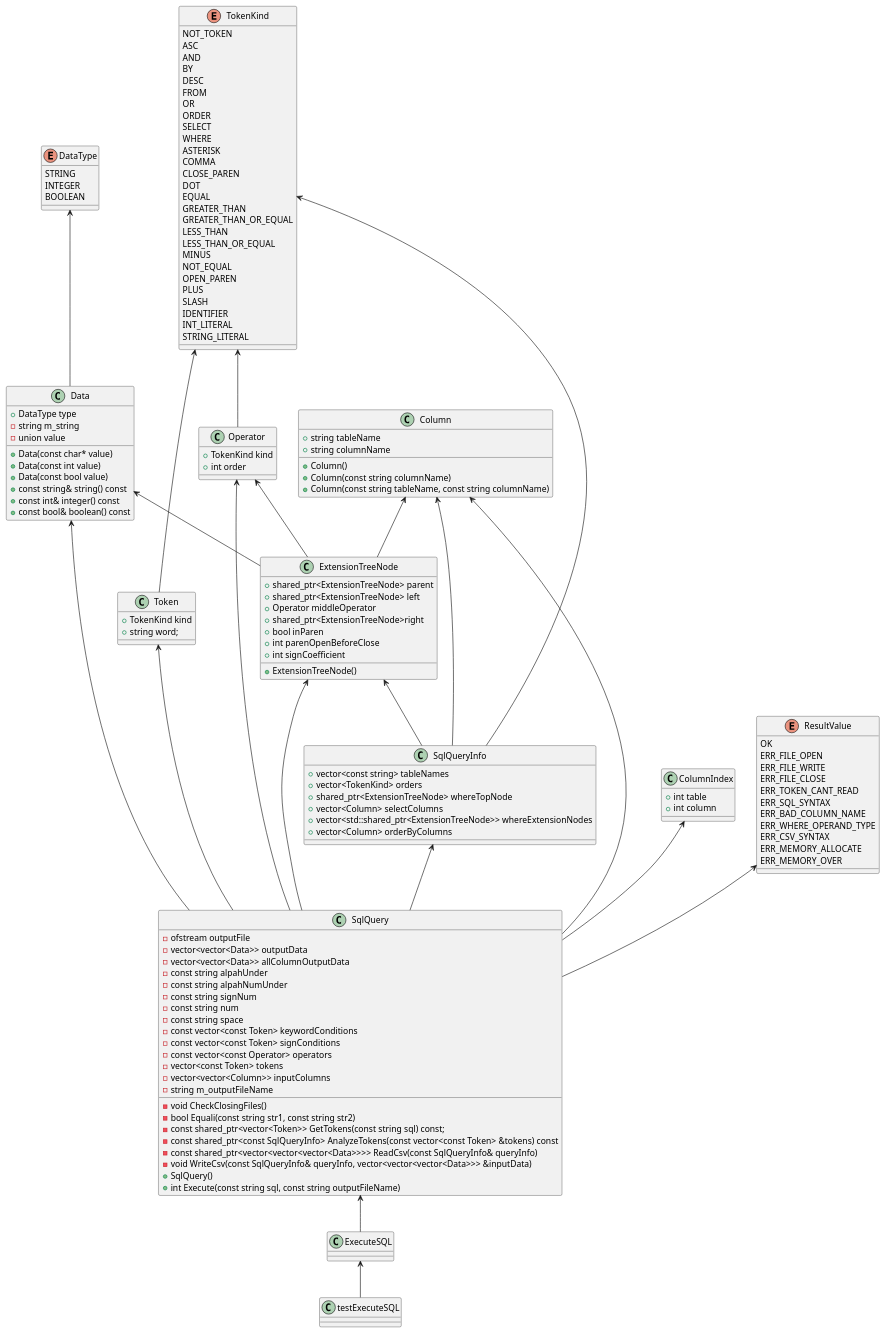
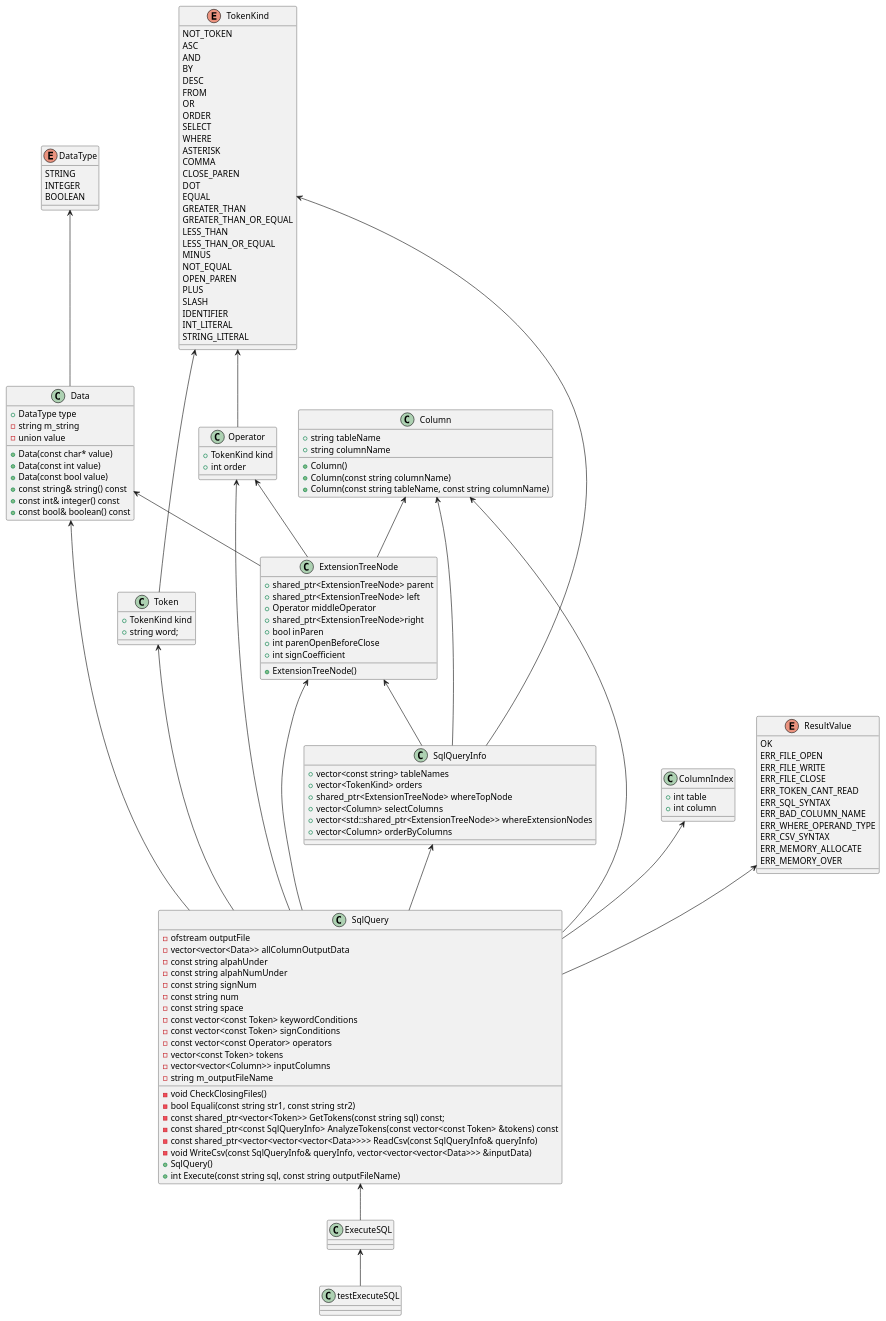
One commit to yotten/TinySQL changed the diagram in ExecuteSQL.pu. Above: the diagram before and after it, drawn with PlantUML. The commit also changed 2 other files, not shown here.

Commit message:
138.SqlQueryのメンバ変数の見直し1(outputData削除)
[----------] Global test environment tear-down
[==========] 213 tests from 1 test case ran. (5732 ms total)
[  PASSED  ] 213 tests.

```diff
--- a/ExecuteSQL.pu
+++ b/ExecuteSQL.pu
@@ -1,150 +1,149 @@
 @startuml
 
 class testExecuteSQL {}
 class SqlQueryInfo {
 	+vector<const string> tableNames
 	+vector<TokenKind> orders
 	+shared_ptr<ExtensionTreeNode> whereTopNode
 	+vector<Column> selectColumns
 	+vector<std::shared_ptr<ExtensionTreeNode>> whereExtensionNodes
 	+vector<Column> orderByColumns
 }
 class SqlQuery {
 	-ofstream outputFile
-	-vector<vector<Data>> outputData
 	-vector<vector<Data>> allColumnOutputData	
 	-const string alpahUnder
 	-const string alpahNumUnder
 	-const string signNum
 	-const string num
 	-const string space
 	-const vector<const Token> keywordConditions
 	-const vector<const Token> signConditions
 	-const vector<const Operator> operators
 	-vector<const Token> tokens
 	-vector<vector<Column>> inputColumns
 	-void CheckClosingFiles()
 	-string m_outputFileName
 	-bool Equali(const string str1, const string str2)
 	-const shared_ptr<vector<Token>> GetTokens(const string sql) const;
 	-const shared_ptr<const SqlQueryInfo> AnalyzeTokens(const vector<const Token> &tokens) const
 	-const shared_ptr<vector<vector<vector<Data>>>> ReadCsv(const SqlQueryInfo& queryInfo)
 	-void WriteCsv(const SqlQueryInfo& queryInfo, vector<vector<vector<Data>>> &inputData)
 	+SqlQuery()
 	+int Execute(const string sql, const string outputFileName)
 }
 class ExecuteSQL {
 	
 }
 
 class Data {
     +DataType type
 	-string m_string
 	-union value
 	+Data(const char* value)
 	+Data(const int value)
 	+Data(const bool value)
 	+const string& string() const
 	+const int& integer() const
 	+const bool& boolean() const
 }
 class Operator{
     +TokenKind kind
     +int order
 }
 class Token{
     +TokenKind kind
     +string word;
 }
 class ExtensionTreeNode{
 	+shared_ptr<ExtensionTreeNode> parent
 	+shared_ptr<ExtensionTreeNode> left
 	+Operator middleOperator
 	+shared_ptr<ExtensionTreeNode>right
 	+bool inParen
 	+int parenOpenBeforeClose
 	+int signCoefficient
 	+ExtensionTreeNode()
 }
 class ColumnIndex{
     +int table
     +int column
 }
 class Column{
     +string tableName
     +string columnName
     +Column()
     +Column(const string columnName)
     +Column(const string tableName, const string columnName)
 }
 enum DataType{
    	STRING
 	INTEGER
 	BOOLEAN
 }
 enum TokenKind{
     NOT_TOKEN
 	ASC
 	AND
 	BY
 	DESC
 	FROM
 	OR
 	ORDER
 	SELECT
 	WHERE
 	ASTERISK
 	COMMA
 	CLOSE_PAREN
 	DOT
 	EQUAL
 	GREATER_THAN
 	GREATER_THAN_OR_EQUAL
 	LESS_THAN
 	LESS_THAN_OR_EQUAL
 	MINUS
 	NOT_EQUAL
 	OPEN_PAREN
 	PLUS
 	SLASH
 	IDENTIFIER
 	INT_LITERAL
 	STRING_LITERAL
 }
 enum ResultValue{
     OK
 	ERR_FILE_OPEN
 	ERR_FILE_WRITE
 	ERR_FILE_CLOSE
 	ERR_TOKEN_CANT_READ
 	ERR_SQL_SYNTAX
 	ERR_BAD_COLUMN_NAME
 	ERR_WHERE_OPERAND_TYPE
 	ERR_CSV_SYNTAX
 	ERR_MEMORY_ALLOCATE
 	ERR_MEMORY_OVER
 }
 
 ExecuteSQL <-- testExecuteSQL
 SqlQuery <-- ExecuteSQL
 
 Data <-- SqlQuery
 Operator <-- SqlQuery
 Token <-- SqlQuery
 ExtensionTreeNode <-- SqlQuery
 ColumnIndex <-- SqlQuery
 Column <-- SqlQuery
 ResultValue <-- SqlQuery
 SqlQueryInfo <-- SqlQuery
 
 Column <-- SqlQueryInfo
 TokenKind <-- SqlQueryInfo
 ExtensionTreeNode <-- SqlQueryInfo
 
 DataType <-- Data
 TokenKind <-- Token
 TokenKind <-- Operator
 Operator <-- ExtensionTreeNode
 Column <-- ExtensionTreeNode
 Data <-- ExtensionTreeNode
 @enduml
```
